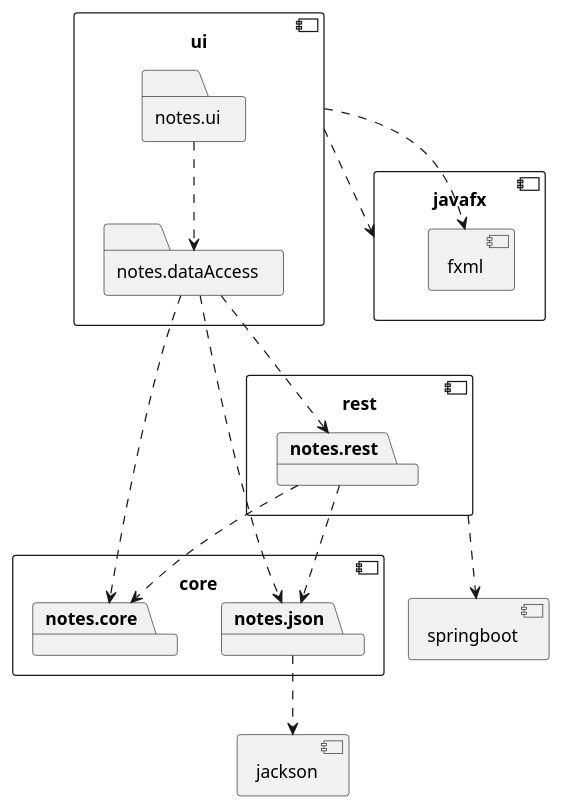
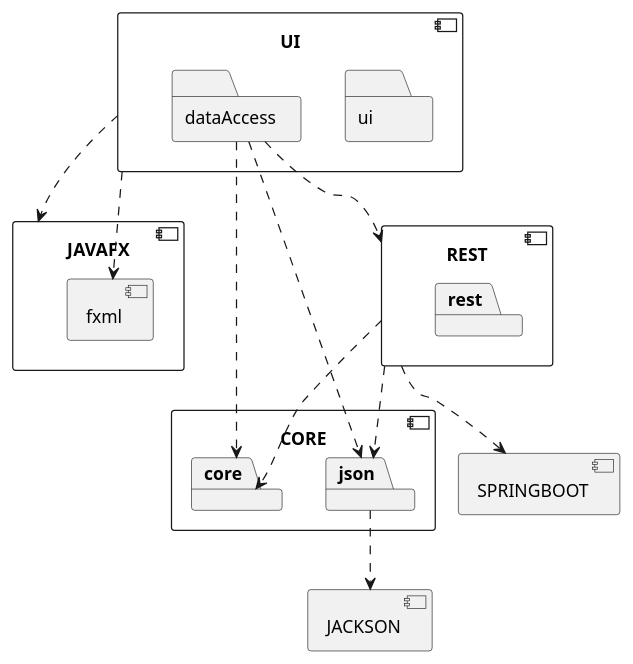
The diagram in notes/diagrams/src/architecture.puml (aasmul1/Informatikk-Prosjektarbeid), drawn with PlantUML before and after one commit.

Commit message:
Made som changes to the diagram

```diff
--- a/notes/diagrams/src/architecture.puml
+++ b/notes/diagrams/src/architecture.puml
@@ -1,50 +1,49 @@
 @startuml architecture.puml
 
-component core {
-	package notes.core
-	package notes.json
+component CORE {
+	package core
+	package json
 }
 
-component jackson {
+component JACKSON {
 }
 
-notes.json ..> jackson
+json ..> JACKSON
 
-component ui {
- 	folder notes.ui
-    folder notes.dataAccess
+component UI {
+ 	folder ui
+    folder dataAccess
 }
 
 
-component javafx {
+component JAVAFX {
  	component fxml {
  	}
 }
 
 
 
 
 
-component rest {
-	package notes.rest
+component REST {
+	package rest
 }
 
-component springboot{
+component SPRINGBOOT{
 
 }
-ui ..> javafx
-ui ..> fxml
-notes.ui ..> notes.dataAccess
-notes.dataAccess ..> notes.json
-notes.dataAccess ..> notes.core
-notes.dataAccess ..> notes.rest
+UI ..> JAVAFX
+UI ..> fxml
+dataAccess ..> json
+dataAccess ..> core
+dataAccess ..> REST
 
 
-notes.rest ..> notes.core
-notes.rest ..> notes.json
-rest ..> springboot
+REST ..> json
+REST ..> core
+REST ..> SPRINGBOOT
 
 
 
 
 @enduml
```
